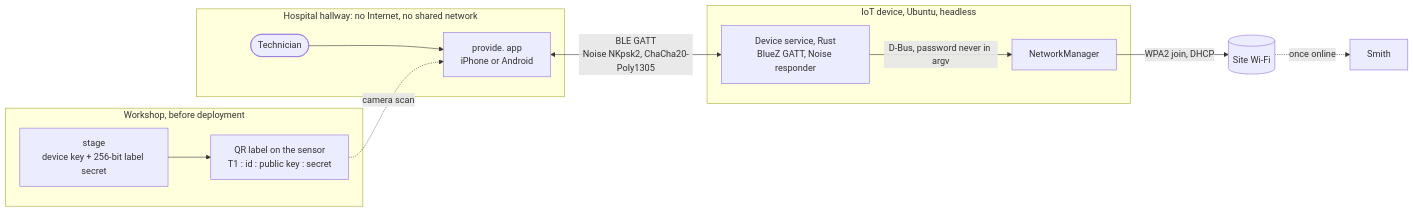
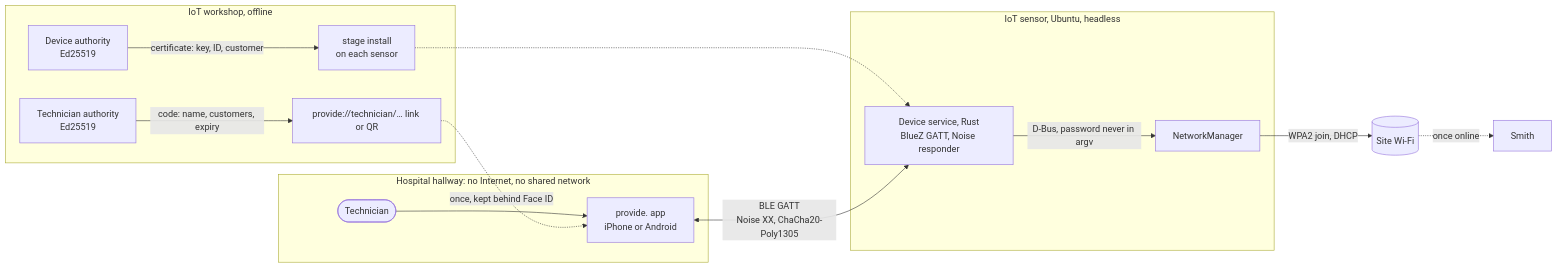
One commit to NoeBrt/Teton-Provide changed the first of 5 diagrams in docs/ARCHITECTURE.md. Above: the diagram before and after it, drawn with Mermaid. The commit also changed other lines of this file and 12 other files, not shown here.

First line of the commit message:
docs: certified sensors, technician codes and the 200-sensor batch

````diff
--- a/docs/ARCHITECTURE.md
+++ b/docs/ARCHITECTURE.md
@@ -20,16 +22,18 @@
 ```mermaid
 flowchart LR
-    subgraph workshop["Workshop, before deployment"]
-        stage["stage<br/>device key + 256-bit label secret"] --> label["QR label on the sensor<br/>T1 : id : public key : secret"]
+    subgraph iot["IoT workshop, offline"]
+        da["Device authority<br/>Ed25519"] -->|"certificate: key, ID, customer"| stage["stage install<br/>on each sensor"]
+        ta["Technician authority<br/>Ed25519"] -->|"code: name, customers, expiry"| link["provide://technician/… link or QR"]
     end
-    subgraph device["IoT device, Ubuntu, headless"]
+    subgraph device["IoT sensor, Ubuntu, headless"]
         svc["Device service, Rust<br/>BlueZ GATT, Noise responder"] -->|"D-Bus, password never in argv"| nm["NetworkManager"]
     end
     subgraph hallway["Hospital hallway: no Internet, no shared network"]
         tech(["Technician"]) --> app["provide. app<br/>iPhone or Android"]
     end
-    label -.->|"camera scan"| app
-    app <-->|"BLE GATT<br/>Noise NKpsk2, ChaCha20-Poly1305"| svc
+    stage -.-> svc
+    link -.->|"once, kept behind Face ID"| app
+    app <-->|"BLE GATT<br/>Noise XX, ChaCha20-Poly1305"| svc
     nm -->|"WPA2 join, DHCP"| ap[("Site Wi-Fi")]
     ap -.->|"once online"| smith["Smith"]
 ```
````
